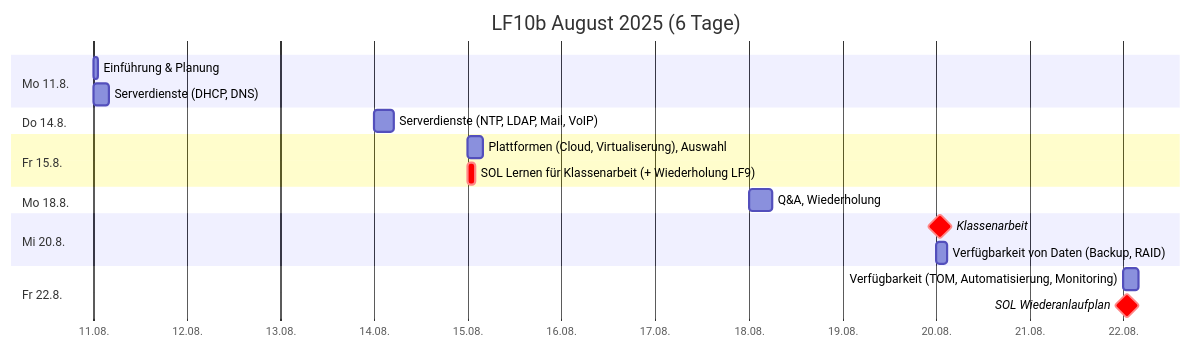
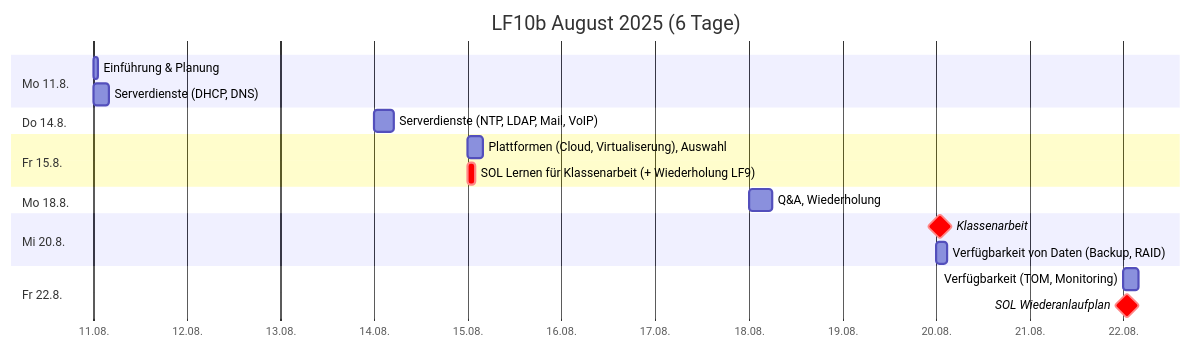
One commit to johannesloetzsch/LF10b changed the first of 3 diagrams in src/plan.md. Above: the diagram before and after it, drawn with Mermaid. The commit also changed other lines of this file and 5 other files, not shown here.

````diff
--- a/src/plan.md
+++ b/src/plan.md
@@ -7,22 +7,22 @@
 ```mermaid
 gantt
  title LF10b August 2025 (6 Tage)
  dateFormat YYYY-MM-DD
  axisFormat %d.%m.
  section Mo 11.8.
   Einführung & Planung          :2025-08-11, 1h
   Serverdienste (DHCP, DNS)     :2025-08-11, 4h
  section Do 14.8.
   Serverdienste (NTP, LDAP, Mail, VoIP) :2025-08-14, 5h
  section Fr 15.8.
   Plattformen (Cloud, Virtualiserung), Auswahl    :2025-08-15, 4h
   SOL Lernen für Klassenarbeit (+ Wiederholung LF9)  :crit, 2025-08-15, 2h
  section Mo 18.8.
   Q&A, Wiederholung             :2025-08-18, 6h
  section Mi 20.8.
   Klassenarbeit                 :crit, milestone, 2025-08-20, 2h
   Verfügbarkeit von Daten (Backup, RAID)  :2025-08-20, 3h
  section Fr 22.8.
-  Verfügbarkeit (TOM, Automatisierung, Monitoring) :2025-08-22, 4h
+  Verfügbarkeit (TOM, Monitoring) :2025-08-22, 4h
   SOL Wiederanlaufplan          :crit, milestone, 2025-08-22, 2h
 ```
````
